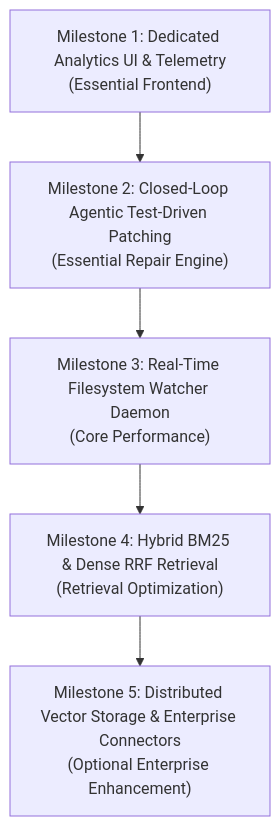
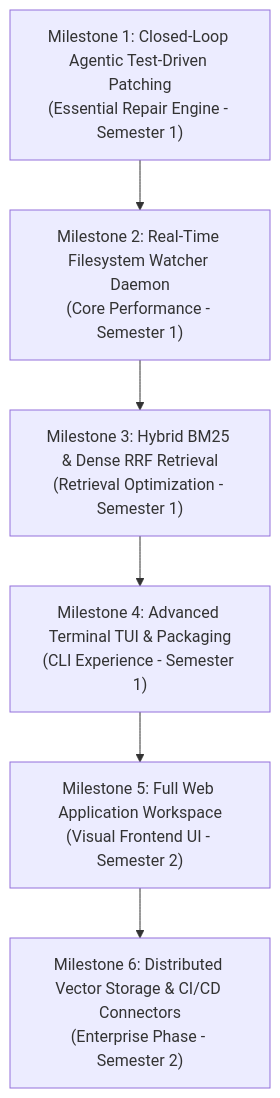
The diagram in docs/ROADMAP.md (vicky-2005-18/IntelliCodeX), drawn with Mermaid before and after one commit. The commit also changed other lines of this file and 30 other files, not shown here.

Commit message:
Update 31 files: README.md, docs/ARCHITECTURE.md, docs/PROJECT_STATUS.md...

````diff
--- a/docs/ROADMAP.md
+++ b/docs/ROADMAP.md
@@ -11,7 +12,8 @@
 ```mermaid
 graph TD
-    M1["Milestone 1: Dedicated Analytics UI & Telemetry<br/>(Essential Frontend)"] --> M2["Milestone 2: Closed-Loop Agentic Test-Driven Patching<br/>(Essential Repair Engine)"]
-    M2 --> M3["Milestone 3: Real-Time Filesystem Watcher Daemon<br/>(Core Performance)"]
-    M3 --> M4["Milestone 4: Hybrid BM25 & Dense RRF Retrieval<br/>(Retrieval Optimization)"]
-    M4 --> M5["Milestone 5: Distributed Vector Storage & Enterprise Connectors<br/>(Optional Enterprise Enhancement)"]
+    M1["Milestone 1: Closed-Loop Agentic Test-Driven Patching<br/>(Essential Repair Engine - Semester 1)"] --> M2["Milestone 2: Real-Time Filesystem Watcher Daemon<br/>(Core Performance - Semester 1)"]
+    M2 --> M3["Milestone 3: Hybrid BM25 & Dense RRF Retrieval<br/>(Retrieval Optimization - Semester 1)"]
+    M3 --> M4["Milestone 4: Advanced Terminal TUI & Packaging<br/>(CLI Experience - Semester 1)"]
+    M4 --> M5["Milestone 5: Full Web Application Workspace<br/>(Visual Frontend UI - Semester 2)"]
+    M5 --> M6["Milestone 6: Distributed Vector Storage & CI/CD Connectors<br/>(Enterprise Phase - Semester 2)"]
 ```
````
